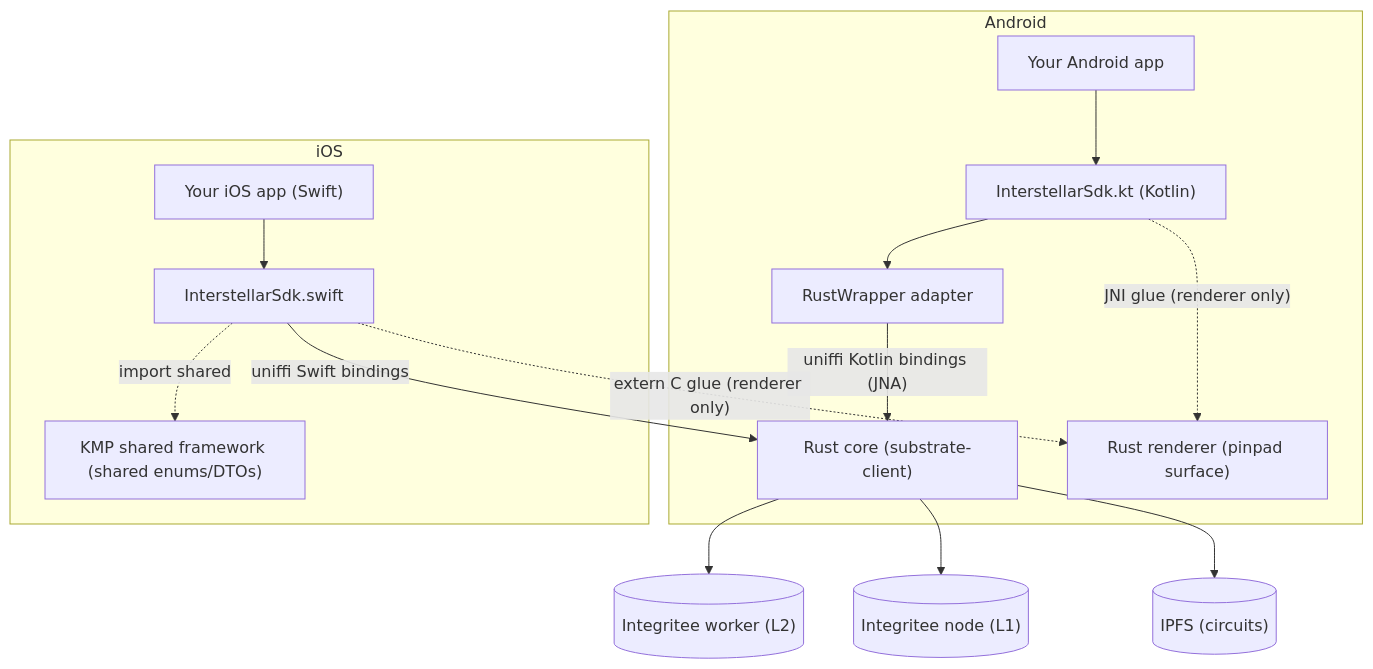
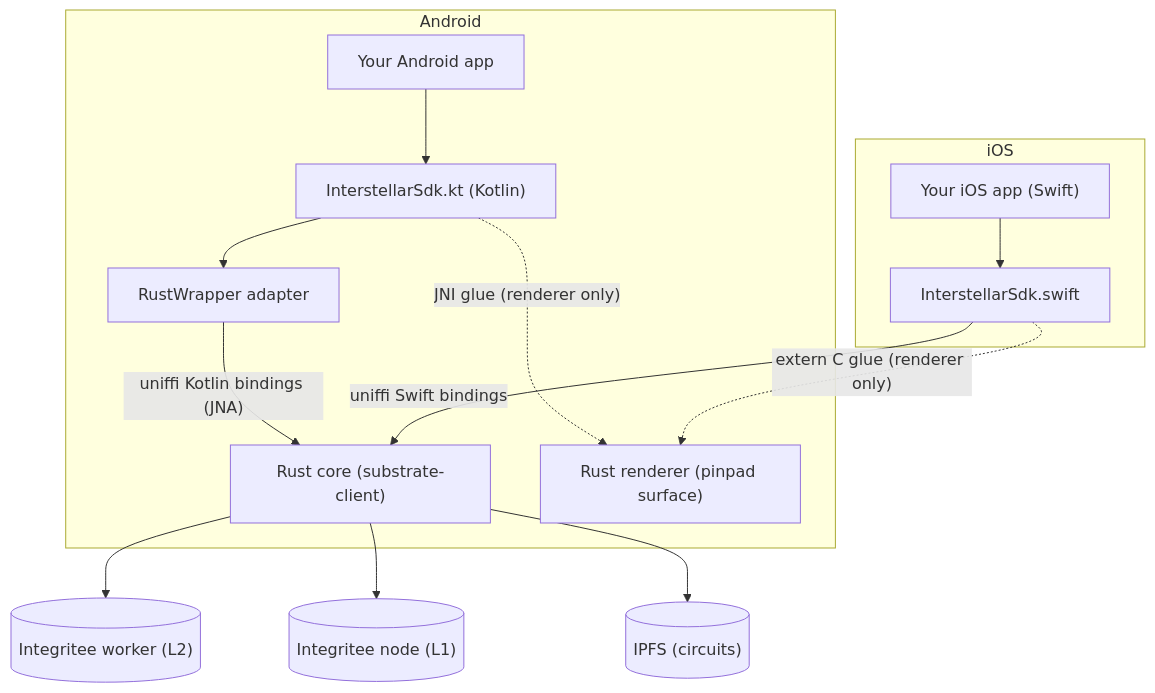
Before and after one commit to Interstellar-Network/interstellar-docs-tech: the diagram in developers/SDK/intro.md, drawn with Mermaid. The commit also changed other lines of this file and 9 other files, not shown here.

````diff
--- a/developers/SDK/intro.md
+++ b/developers/SDK/intro.md
@@ -24,18 +24,17 @@
 ```mermaid
 flowchart TD
     subgraph Android
         A["Your Android app"] --> A1["InterstellarSdk.kt (Kotlin)"]
         A1 --> A2["RustWrapper adapter"]
         A2 -->|"uniffi Kotlin bindings (JNA)"| R["Rust core (substrate-client)"]
         A1 -.->|"JNI glue (renderer only)"| REN["Rust renderer (pinpad surface)"]
     end
     subgraph iOS
         B["Your iOS app (Swift)"] --> B1["InterstellarSdk.swift"]
         B1 -->|"uniffi Swift bindings"| R
-        B1 -.->|import shared| K["KMP shared framework (shared enums/DTOs)"]
         B1 -.->|"extern C glue (renderer only)"| REN
     end
     R --> W[("Integritee worker (L2)")]
     R --> N[("Integritee node (L1)")]
     R --> I[("IPFS (circuits)")]
 ```
````
